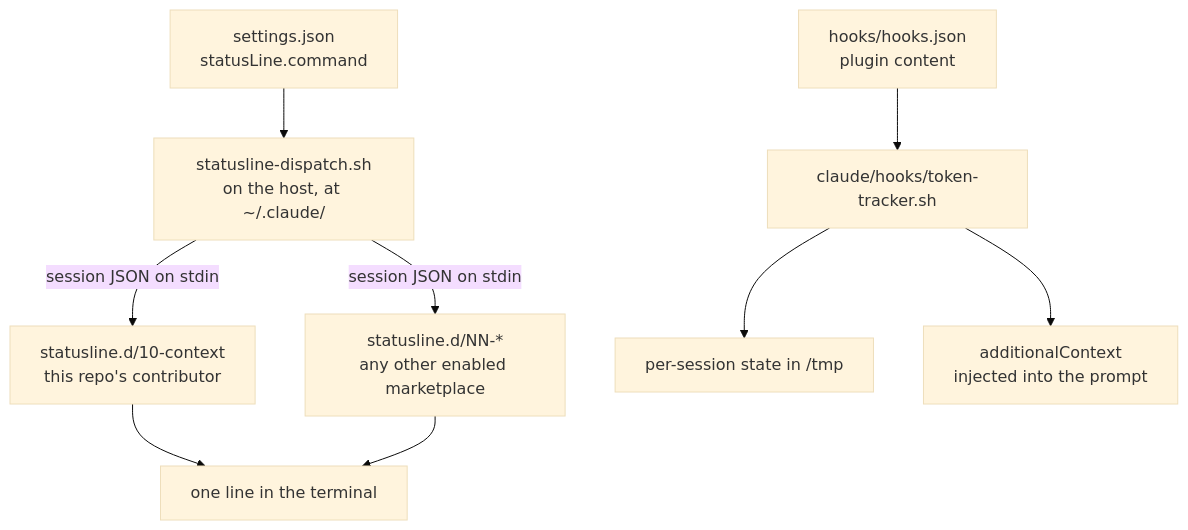
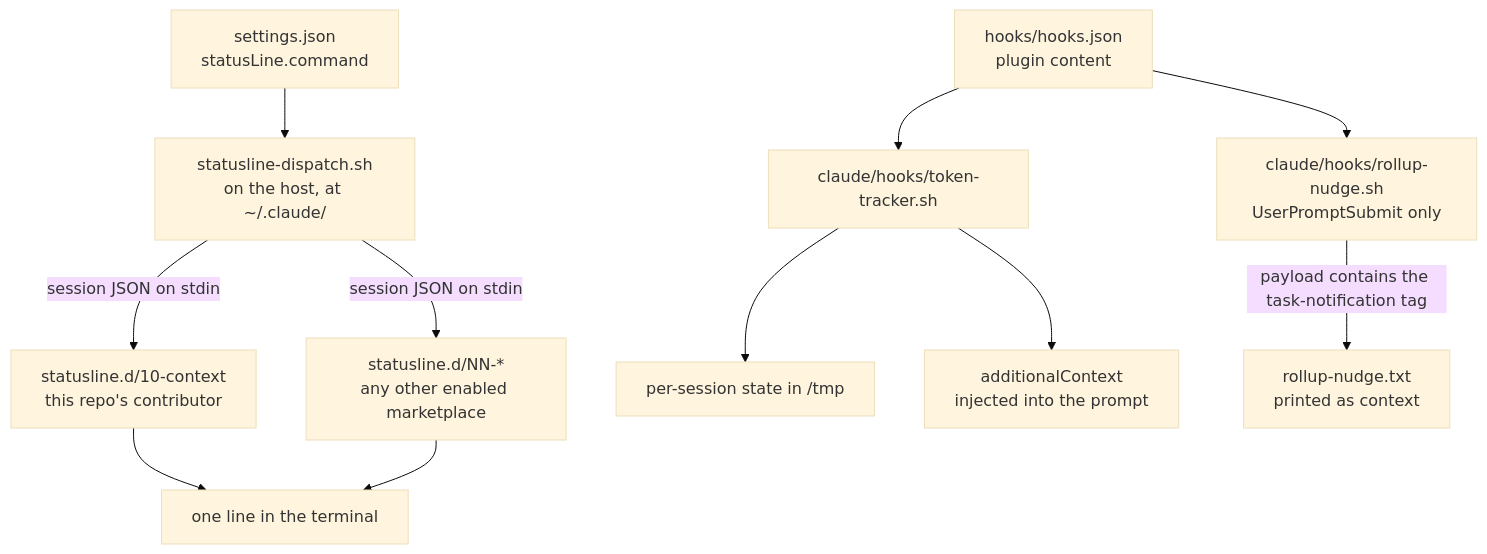
Before and after one commit to luutuankiet/context-lab: the diagram in docs/architecture/shipped-runtime.md, drawn with Mermaid (base theme). The commit also changed other lines of this file and 5 other files, not shown here.

````diff
--- a/docs/architecture/shipped-runtime.md
+++ b/docs/architecture/shipped-runtime.md
@@ -19,11 +19,13 @@
 ```mermaid
 flowchart TD
   A["settings.json<br/>statusLine.command"] --> B["statusline-dispatch.sh<br/>on the host, at ~/.claude/"]
   B -->|"session JSON on stdin"| C["statusline.d/10-context<br/>this repo's contributor"]
   B -->|"session JSON on stdin"| D["statusline.d/NN-*<br/>any other enabled marketplace"]
   C --> E["one line in the terminal"]
   D --> E
   F["hooks/hooks.json<br/>plugin content"] --> G["claude/hooks/token-tracker.sh"]
   G --> H["per-session state in /tmp"]
   G --> I["additionalContext<br/>injected into the prompt"]
+  F --> J["claude/hooks/rollup-nudge.sh<br/>UserPromptSubmit only"]
+  J -->|"payload contains the task-notification tag"| K["rollup-nudge.txt<br/>printed as context"]
 ```
````
